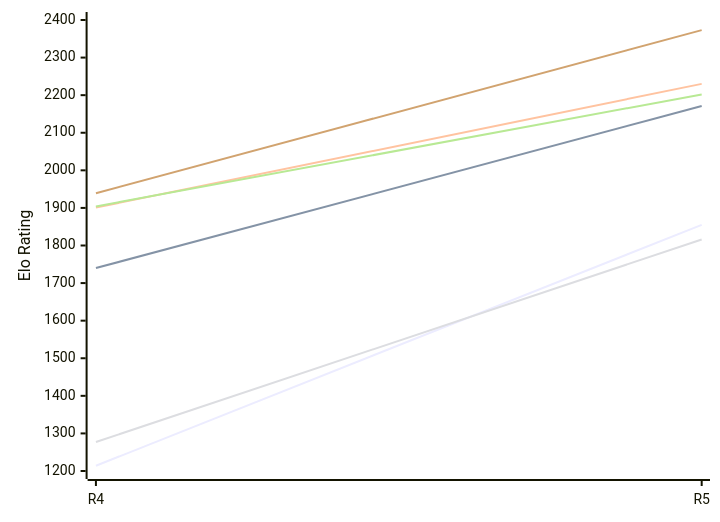
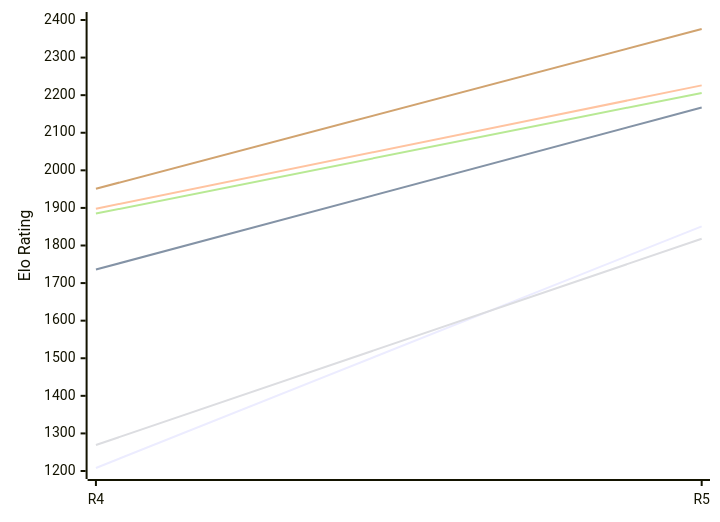
The first of 2 diagrams in engines/Viking.md (computer-chess-index/cci), drawn with Mermaid before and after one commit. The commit also changed other lines of this file, not shown here.

Commit message:
Update CCI Ratings (ELO VLTC) - 2026-11-21

````diff
--- a/engines/Viking.md
+++ b/engines/Viking.md
@@ -50,12 +50,12 @@
 ```mermaid
 %%{init: {"theme":"base","themeVariables":{"seriesColors:['#a3a3a3','#222221','#faa371']}}}%%
 xychart-beta
   x-axis ["R4", "R5"]
   y-axis "Elo Rating" 1200 --> 2400
-  line "E1: STC (8.0+0.08s)" [1214, 1855]
-  line "E1: LTC (60.0+0.60s)" [1740, 2171]
-  line "E1: VLTC (2m24s+1.12s)" [1901, 2230]
-  line "P1: STC (8.0+0.08s)" [1277, 1816]
-  line "P1: LTC (60.0+0.60s)" [1904, 2202]
-  line "P1: VLTC (2m24s+1.12s)" [1939, 2373]
+  line "E1: STC (8.0+0.08s)" [1208, 1851]
+  line "E1: LTC (60.0+0.60s)" [1736, 2167]
+  line "E1: VLTC (2m24s+1.12s)" [1898, 2226]
+  line "P1: STC (8.0+0.08s)" [1269, 1818]
+  line "P1: LTC (60.0+0.60s)" [1885, 2206]
+  line "P1: VLTC (2m24s+1.12s)" [1951, 2376]
 ```
````
